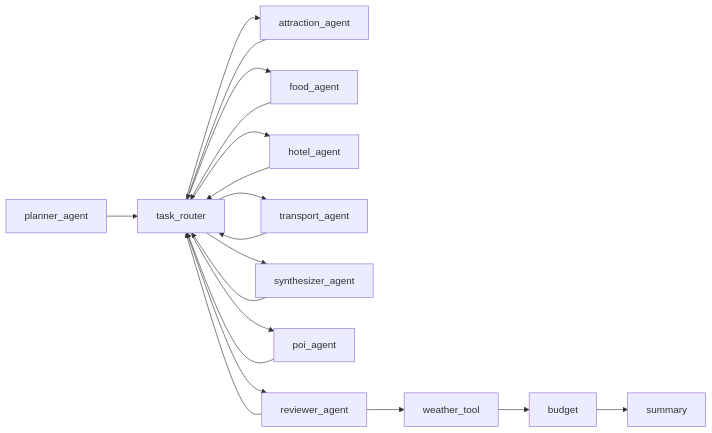
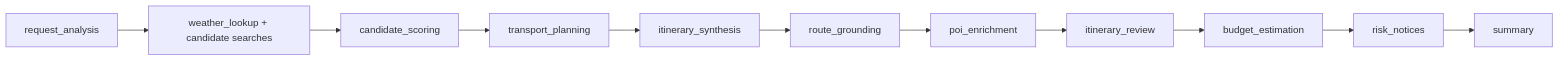
Before and after one commit to xg-debug/ai-travel-planner: the fourth of 8 diagrams in doc/product-requirements-and-architecture.md, drawn with Mermaid. The commit also changed other lines of this file and 151 other files, not shown here.

````diff
--- a/doc/product-requirements-and-architecture.md
+++ b/doc/product-requirements-and-architecture.md
@@ -315,22 +314,13 @@
 ```mermaid
 flowchart LR
-    A["planner_agent"] --> B["task_router"]
-    B --> C["attraction_agent"]
-    B --> D["food_agent"]
-    B --> E["hotel_agent"]
-    B --> F["transport_agent"]
-    B --> G["synthesizer_agent"]
-    B --> H["poi_agent"]
-    B --> I["reviewer_agent"]
-    I --> J["weather_tool"]
-    J --> K["budget"]
-    K --> L["summary"]
-
-    C --> B
-    D --> B
-    E --> B
-    F --> B
-    G --> B
-    H --> B
-    I --> B
+    A["request_analysis"] --> B["weather_lookup + candidate searches"]
+    B --> C["candidate_scoring"]
+    C --> D["transport_planning"]
+    D --> E["itinerary_synthesis"]
+    E --> F["route_grounding"]
+    F --> G["poi_enrichment"]
+    G --> H["itinerary_review"]
+    H --> I["budget_estimation"]
+    I --> J["risk_notices"]
+    J --> K["summary"]
 ```
````
